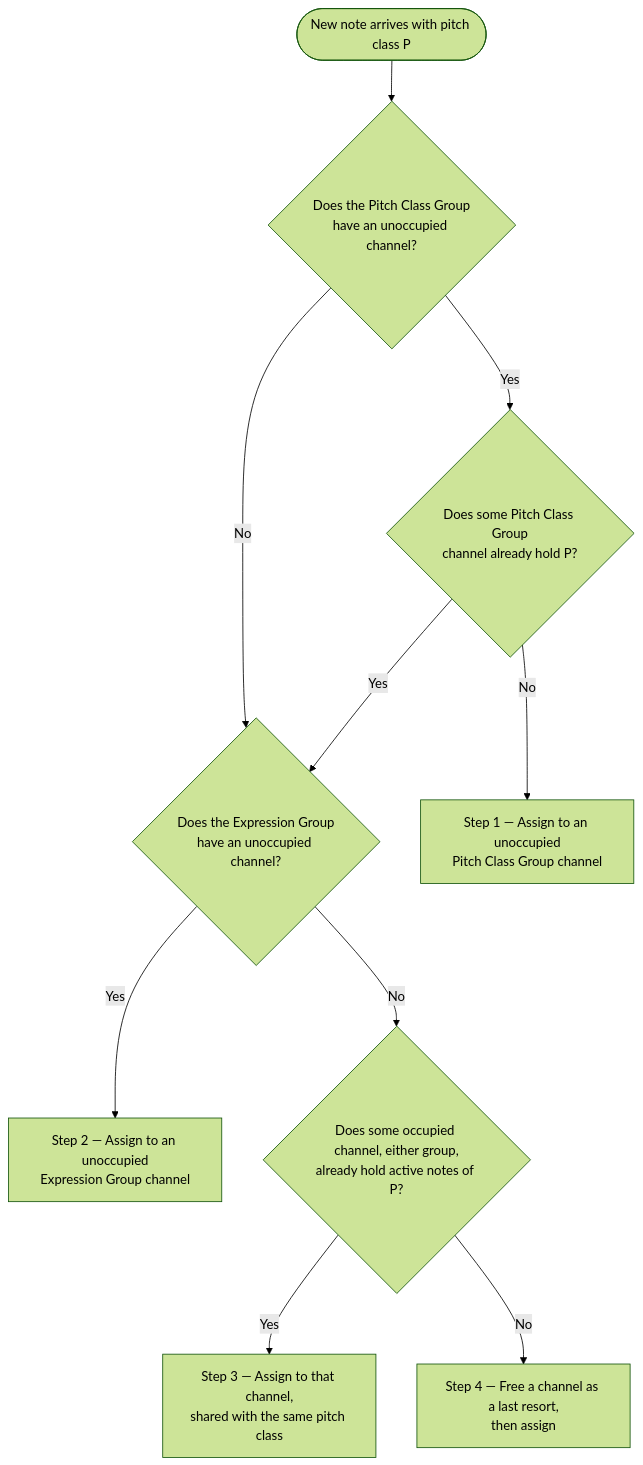
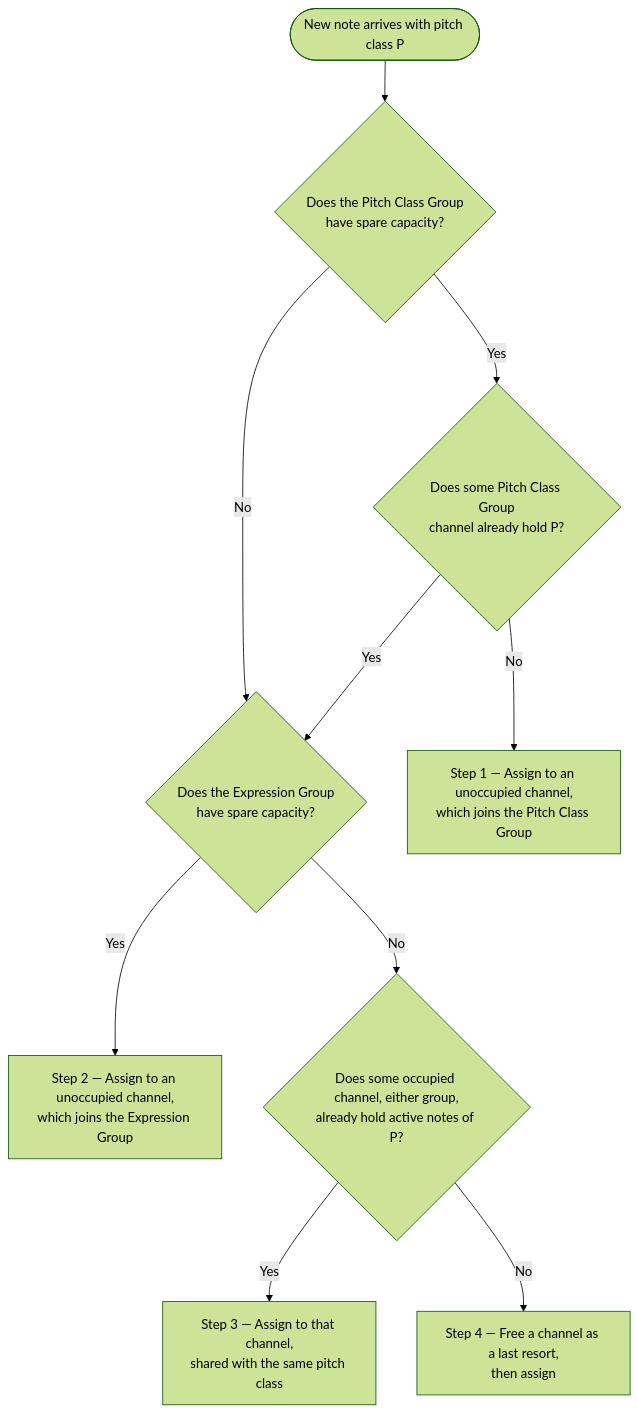
One commit to calinburloiu/microtonalist changed the second of 2 diagrams in docs/architecture/tuner/mpe-tuner-paper.md. Above: the diagram before and after it, drawn with Mermaid (forest theme). The commit also changed other lines of this file and 3 other files, not shown here.

````diff
--- a/docs/architecture/tuner/mpe-tuner-paper.md
+++ b/docs/architecture/tuner/mpe-tuner-paper.md
@@ -319,20 +340,20 @@
 ```mermaid
 flowchart TD
     Start([New note arrives with pitch class P]) --> Q1a
 
-    Q1a{"Does the Pitch Class Group<br/>have an unoccupied channel?"}
+    Q1a{"Does the Pitch Class Group<br/>have spare capacity?"}
     Q1a -- No --> Q2
     Q1a -- Yes --> Q1b
 
     Q1b{"Does some Pitch Class Group<br/>channel already hold P?"}
     Q1b -- Yes --> Q2
-    Q1b -- No --> A1["Step 1 — Assign to an unoccupied<br/>Pitch Class Group channel"]
+    Q1b -- No --> A1["Step 1 — Assign to an unoccupied channel,<br/>which joins the Pitch Class Group"]
 
-    Q2{"Does the Expression Group<br/>have an unoccupied channel?"}
-    Q2 -- Yes --> A2["Step 2 — Assign to an unoccupied<br/>Expression Group channel"]
+    Q2{"Does the Expression Group<br/>have spare capacity?"}
+    Q2 -- Yes --> A2["Step 2 — Assign to an unoccupied channel,<br/>which joins the Expression Group"]
     Q2 -- No --> Q3
 
     Q3{"Does some occupied channel, either group,<br/>already hold active notes of P?"}
     Q3 -- Yes --> A3["Step 3 — Assign to that channel,<br/>shared with the same pitch class"]
     Q3 -- No --> A4["Step 4 — Free a channel as a last resort,<br/>then assign"]
 ```
````
